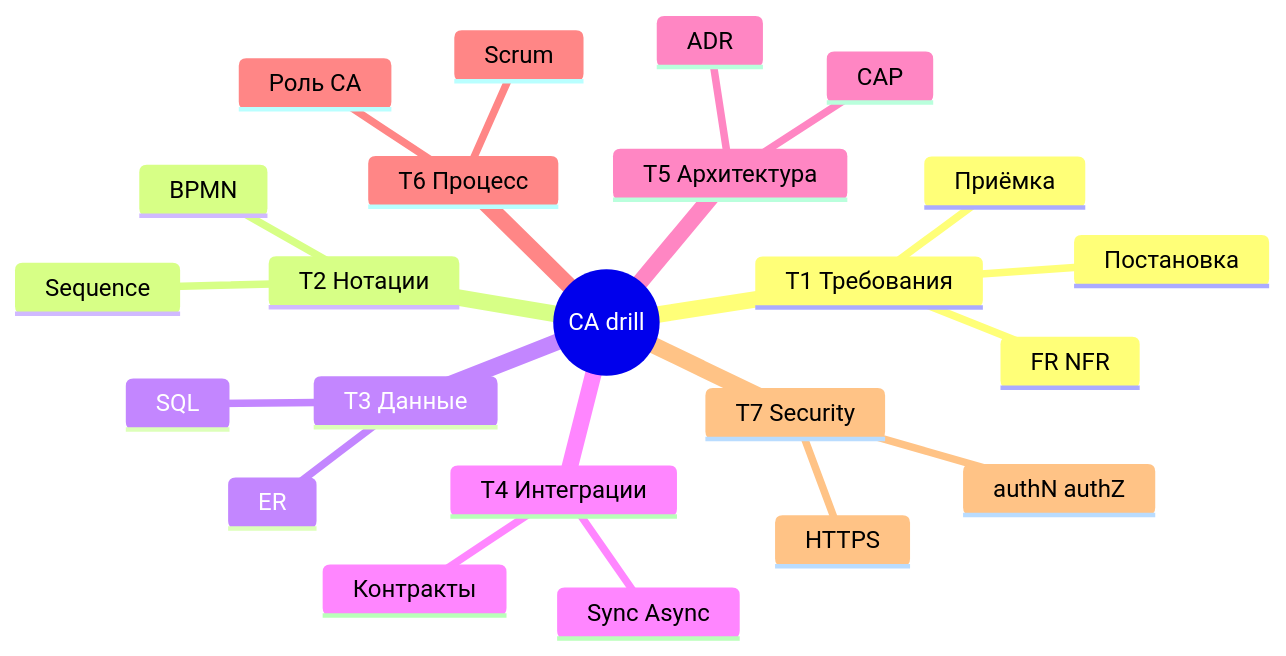
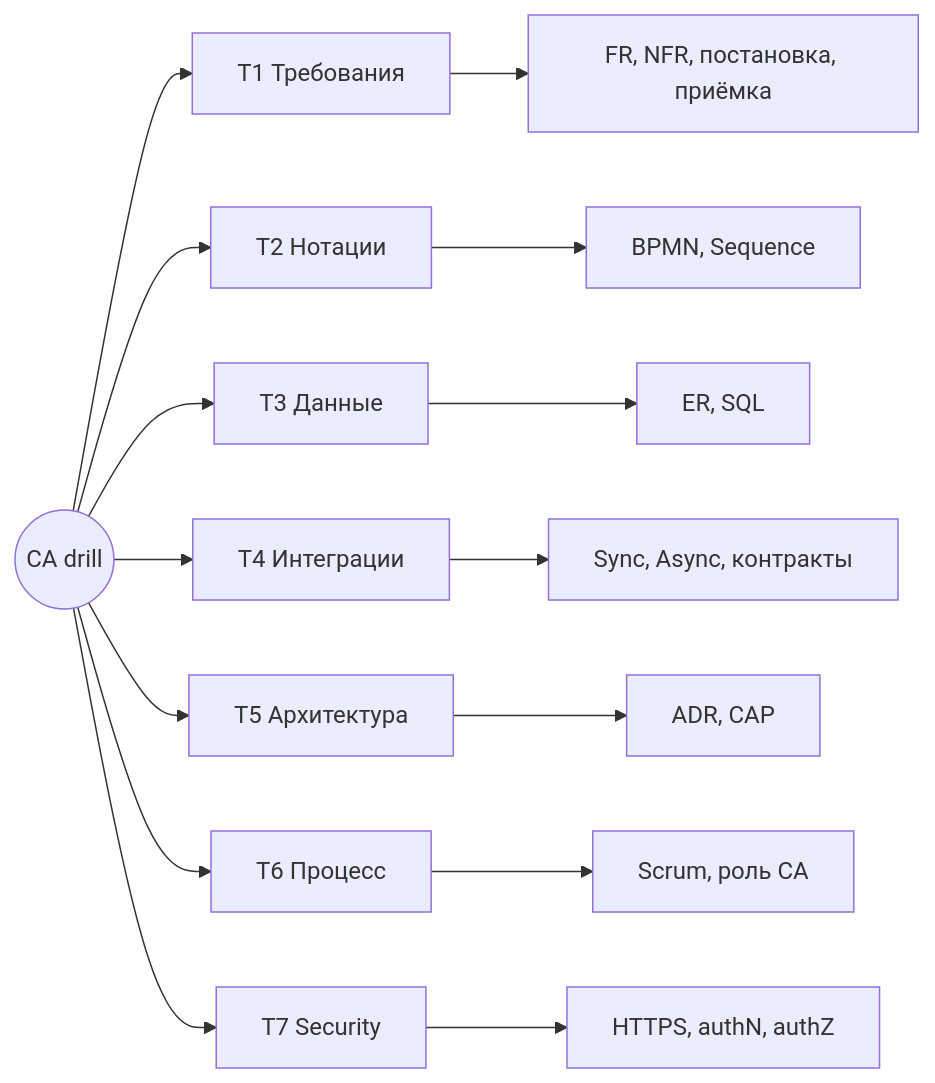
Before and after one commit to AlexanderNY/cursor_test: the second of 3 diagrams in nine-to-eighteen/ui/src/data/learn/sa/sa-profession-levels.md, drawn with Mermaid. The commit also changed other lines of this file and 227 other files, not shown here.

````diff
--- a/nine-to-eighteen/ui/src/data/learn/sa/sa-profession-levels.md
+++ b/nine-to-eighteen/ui/src/data/learn/sa/sa-profession-levels.md
@@ -401,26 +401,17 @@
 ```mermaid
-mindmap
-  root((СА drill))
-    T1 Требования
-      FR NFR
-      Постановка
-      Приёмка
-    T2 Нотации
-      BPMN
-      Sequence
-    T3 Данные
-      ER
-      SQL
-    T4 Интеграции
-      Sync Async
-      Контракты
-    T5 Архитектура
-      ADR
-      CAP
-    T6 Процесс
-      Scrum
-      Роль СА
-    T7 Security
-      HTTPS
-      authN authZ
+flowchart LR
+  Root(("СА drill")) --> T1[T1 Требования]
+  Root --> T2[T2 Нотации]
+  Root --> T3[T3 Данные]
+  Root --> T4[T4 Интеграции]
+  Root --> T5[T5 Архитектура]
+  Root --> T6[T6 Процесс]
+  Root --> T7[T7 Security]
+  T1 --> T1a["FR, NFR, постановка, приёмка"]
+  T2 --> T2a["BPMN, Sequence"]
+  T3 --> T3a["ER, SQL"]
+  T4 --> T4a["Sync, Async, контракты"]
+  T5 --> T5a["ADR, CAP"]
+  T6 --> T6a["Scrum, роль СА"]
+  T7 --> T7a["HTTPS, authN, authZ"]
 ```
````
